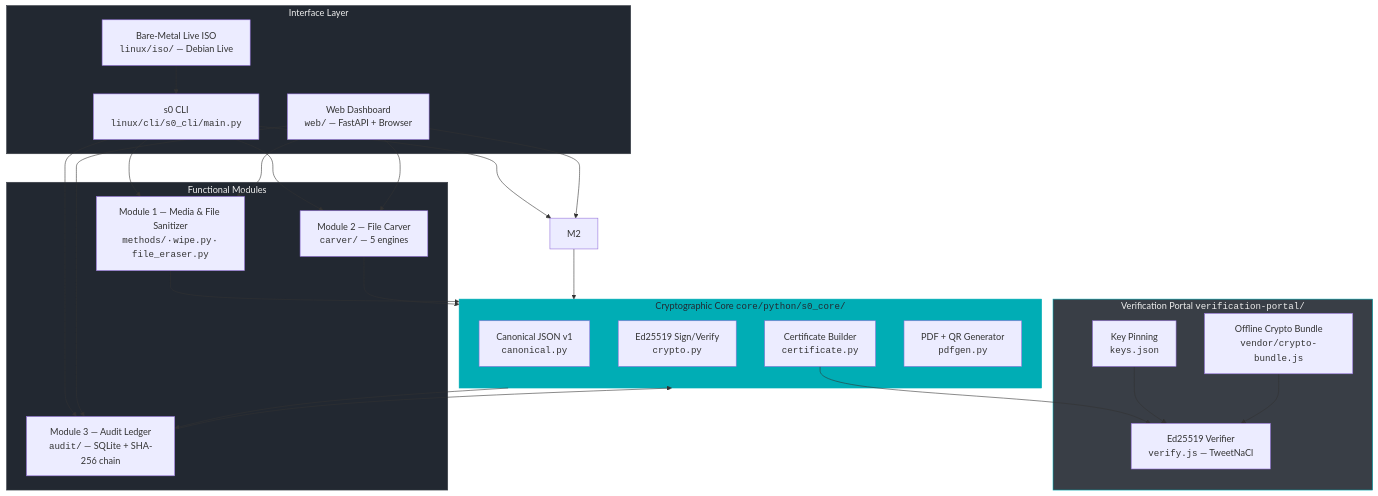
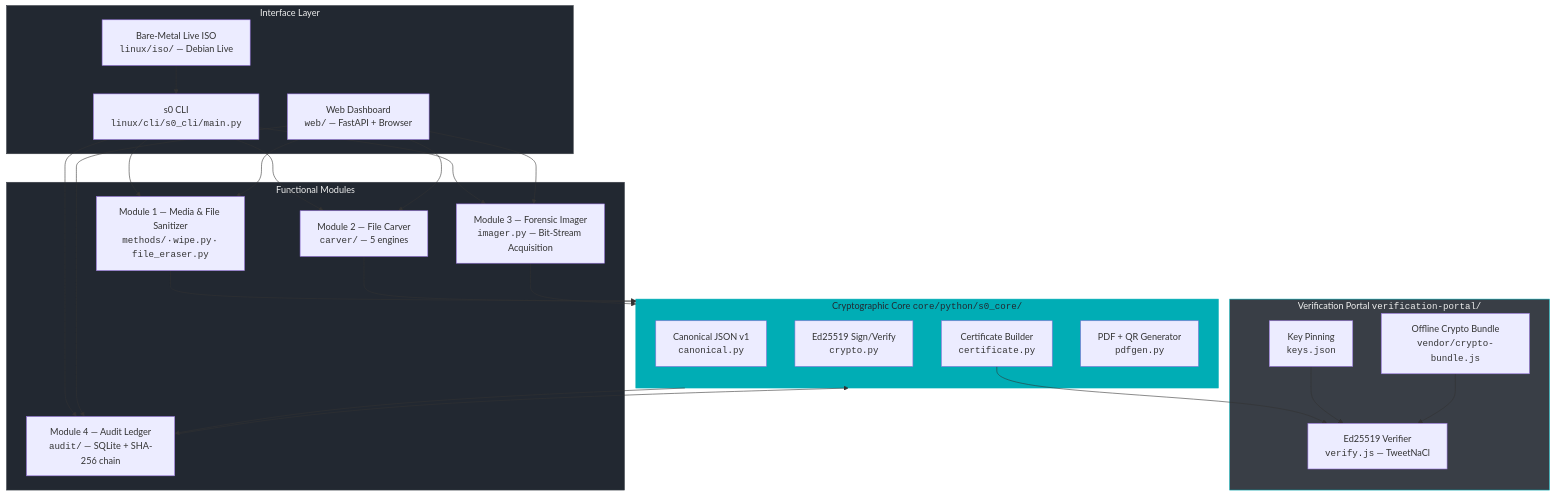
Before and after one commit to kartik2005221/s0: the first of 6 diagrams in docs-portal/docs/ARCHITECTURE.md, drawn with Mermaid. The commit also changed other lines of this file and 19 other files, not shown here.

````diff
--- a/docs-portal/docs/ARCHITECTURE.md
+++ b/docs-portal/docs/ARCHITECTURE.md
@@ -13,44 +13,45 @@
 ```mermaid
 graph TB
     subgraph UI["Interface Layer"]
         CLI["s0 CLI<br/><code>linux/cli/s0_cli/main.py</code>"]
         GUI["Web Dashboard<br/><code>web/</code> — FastAPI + Browser"]
         ISO["Bare-Metal Live ISO<br/><code>linux/iso/</code> — Debian Live"]
     end
 
     subgraph MODULES["Functional Modules"]
         M1["Module 1 — Media & File Sanitizer<br/><code>methods/</code> · <code>wipe.py</code> · <code>file_eraser.py</code>"]
-        M3["Module 2 — File Carver<br/><code>carver/</code> — 5 engines"]
-        M4["Module 3 — Audit Ledger<br/><code>audit/</code> — SQLite + SHA-256 chain"]
+        M2["Module 2 — File Carver<br/><code>carver/</code> — 5 engines"]
+        M3["Module 3 — Forensic Imager<br/><code>imager.py</code> — Bit-Stream Acquisition"]
+        M4["Module 4 — Audit Ledger<br/><code>audit/</code> — SQLite + SHA-256 chain"]
     end
 
     subgraph CORE["Cryptographic Core  <code>core/python/s0_core/</code>"]
         CANON["Canonical JSON v1<br/><code>canonical.py</code>"]
         CRYPTO["Ed25519 Sign/Verify<br/><code>crypto.py</code>"]
         CERT["Certificate Builder<br/><code>certificate.py</code>"]
         PDF["PDF + QR Generator<br/><code>pdfgen.py</code>"]
     end
 
     subgraph VERIFY["Verification Portal  <code>verification-portal/</code>"]
         VP_JS["Ed25519 Verifier<br/><code>verify.js</code> — TweetNaCl"]
         VP_KEYS["Key Pinning<br/><code>keys.json</code>"]
         VP_CRYPTO["Offline Crypto Bundle<br/><code>vendor/crypto-bundle.js</code>"]
     end
 
     CLI --> M1 & M2 & M3 & M4
     GUI --> M1 & M2 & M3 & M4
     ISO --> CLI
 
     M1 & M2 & M3 --> CORE
     M4 --> CORE
 
     CORE --> M4
     CERT --> VP_JS
     VP_KEYS --> VP_JS
     VP_CRYPTO --> VP_JS
 
     style CORE fill:#00ADB5,color:#222831,stroke:#00ADB5
     style VERIFY fill:#393E46,color:#EEEEEE,stroke:#00ADB5
     style MODULES fill:#222831,color:#EEEEEE,stroke:#393E46
     style UI fill:#222831,color:#EEEEEE,stroke:#393E46
 ```
````
